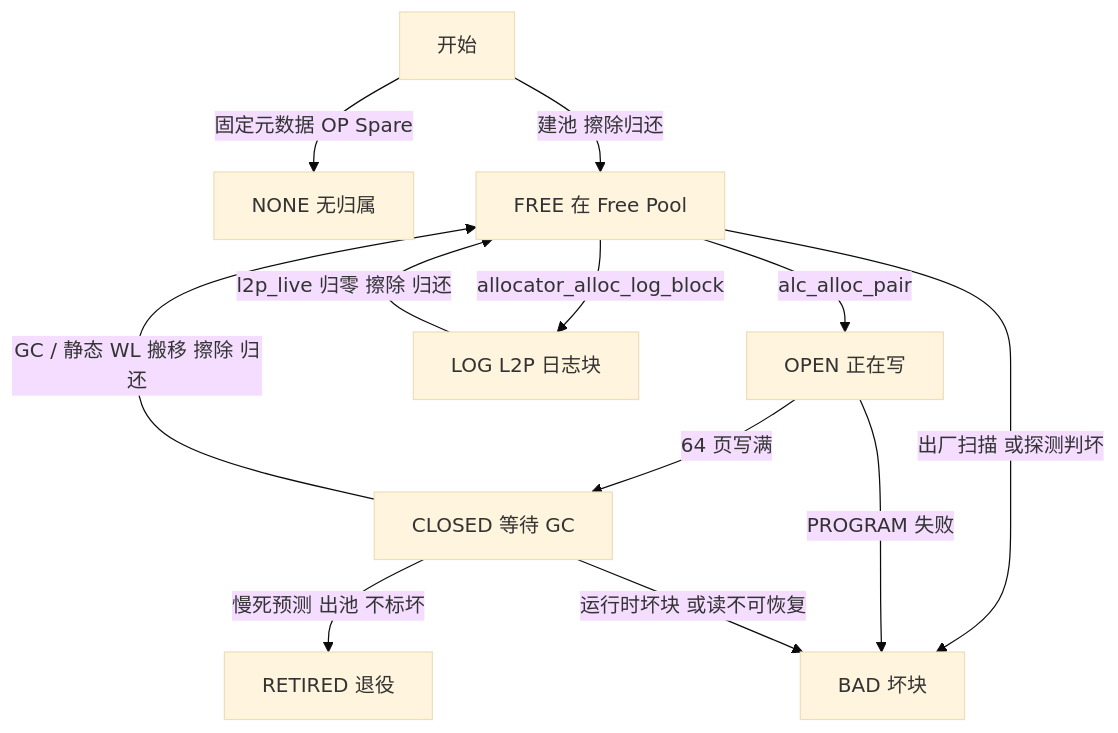
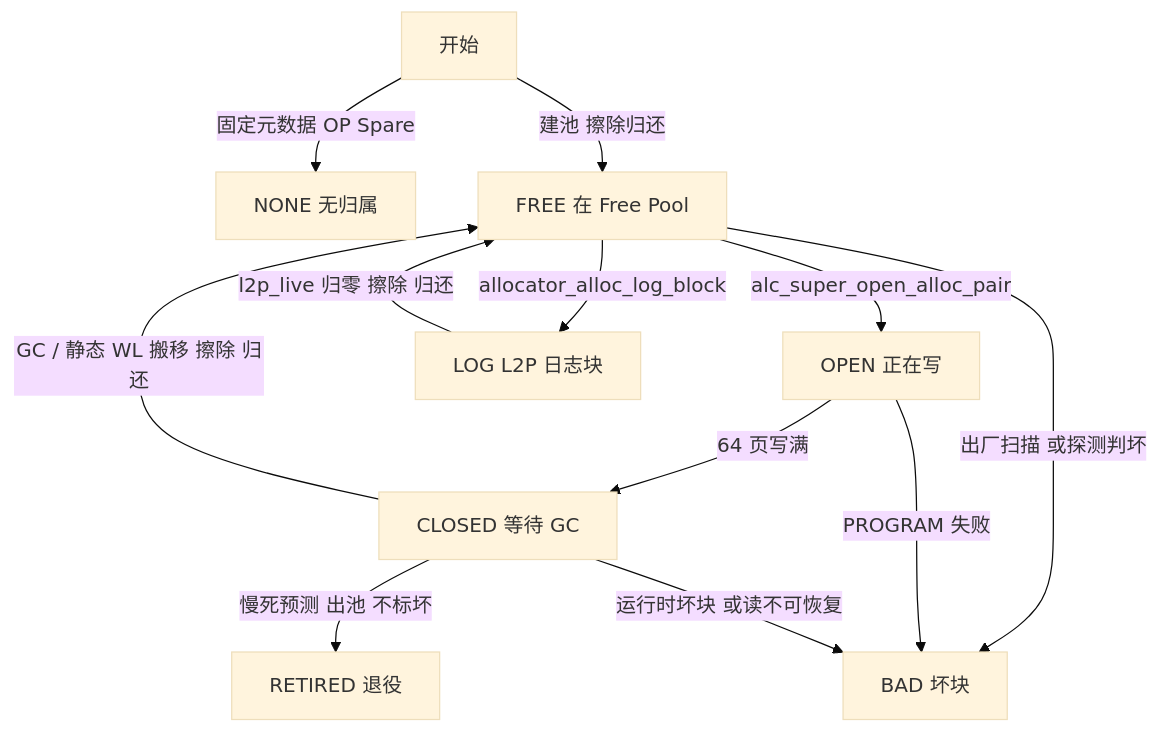
Before and after one commit to YzYMIAO/BASESSD: the seventh of 32 diagrams in docs/design/ftl_design.md, drawn with Mermaid (base theme). The commit also changed other lines of this file and 24 other files, not shown here.

````diff
--- a/docs/design/ftl_design.md
+++ b/docs/design/ftl_design.md
@@ -1356,22 +1356,22 @@
 ```mermaid
 flowchart TD
     START["开始"]
     NONE["NONE 无归属"]
     FREE["FREE 在 Free Pool"]
     OPEN["OPEN 正在写"]
     CLOSED["CLOSED 等待 GC"]
     LOG["LOG L2P 日志块"]
     RETIRED["RETIRED 退役"]
     BAD["BAD 坏块"]
     START -- "固定元数据 OP Spare" --> NONE
     START -- "建池 擦除归还" --> FREE
-    FREE -- "alc_alloc_pair" --> OPEN
+    FREE -- "alc_super_open_alloc_pair" --> OPEN
     OPEN -- "64 页写满" --> CLOSED
     CLOSED -- "GC / 静态 WL 搬移 擦除 归还" --> FREE
     CLOSED -- "慢死预测 出池 不标坏" --> RETIRED
     FREE -- "allocator_alloc_log_block" --> LOG
     LOG -- "l2p_live 归零 擦除 归还" --> FREE
     FREE -- "出厂扫描 或探测判坏" --> BAD
     OPEN -- "PROGRAM 失败" --> BAD
     CLOSED -- "运行时坏块 或读不可恢复" --> BAD
 ```
````
